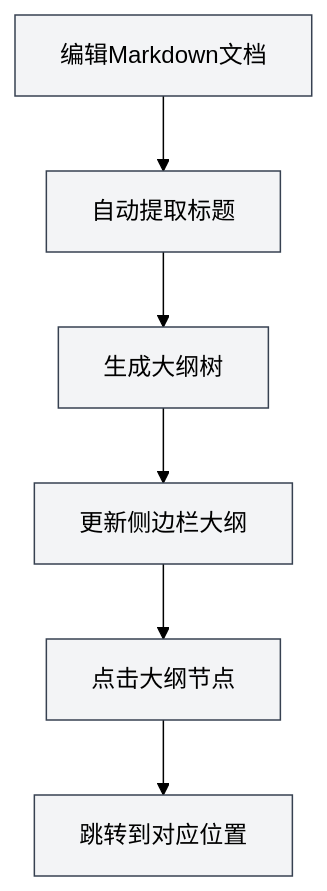
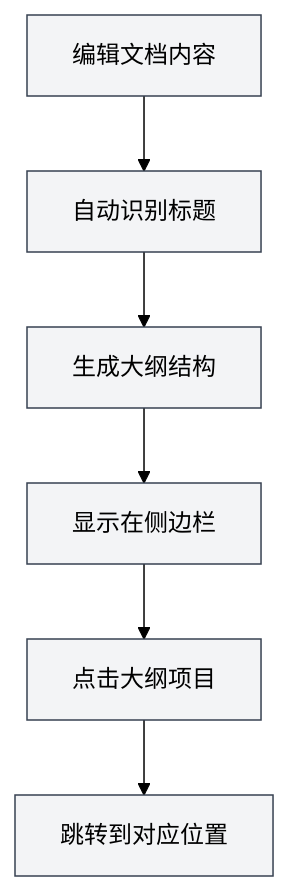
Before and after one commit to JaredYe04/MetaDoc: the third of 4 diagrams in meta-doc/src/renderer/src/manuals/zh_CN/markdown/editor.md, drawn with Mermaid (forest theme). The commit also changed other lines of this file and 1 other file, not shown here.

````diff
--- a/meta-doc/src/renderer/src/manuals/zh_CN/markdown/editor.md
+++ b/meta-doc/src/renderer/src/manuals/zh_CN/markdown/editor.md
@@ -196,14 +119,14 @@
 ```mermaid
 graph TB
-    A[编辑Markdown文档] --> B[自动提取标题]
-    B --> C[生成大纲树]
-    C --> D[更新侧边栏大纲]
-    D --> E[点击大纲节点]
+    A[编辑文档内容] --> B[自动识别标题]
+    B --> C[生成大纲结构]
+    C --> D[显示在侧边栏]
+    D --> E[点击大纲项目]
     E --> F[跳转到对应位置]
     style A fill:#f3f4f6,stroke:#374151
     style B fill:#f3f4f6,stroke:#374151
     style C fill:#f3f4f6,stroke:#374151
     style D fill:#f3f4f6,stroke:#374151
     style E fill:#f3f4f6,stroke:#374151
     style F fill:#f3f4f6,stroke:#374151
 ```
````
